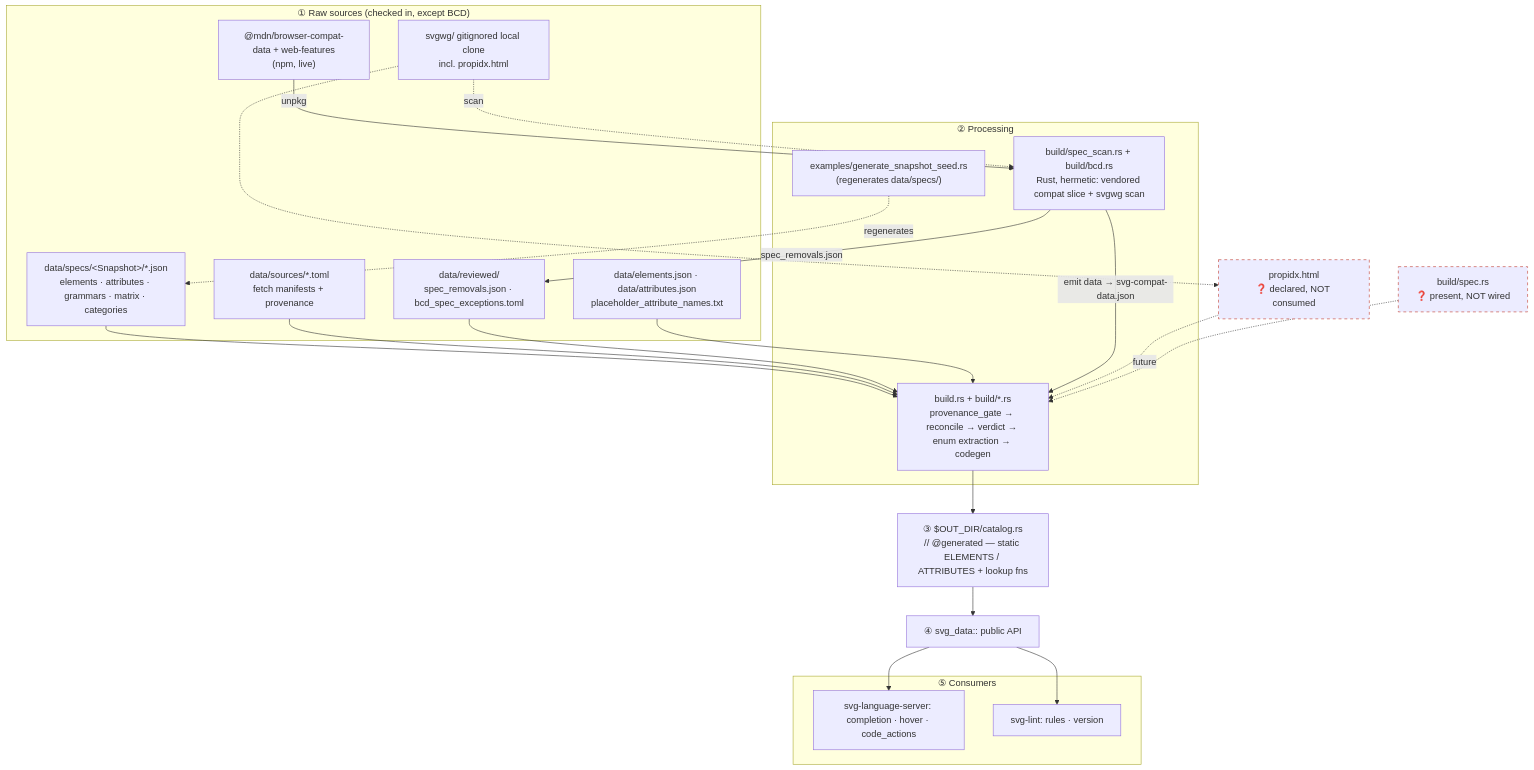
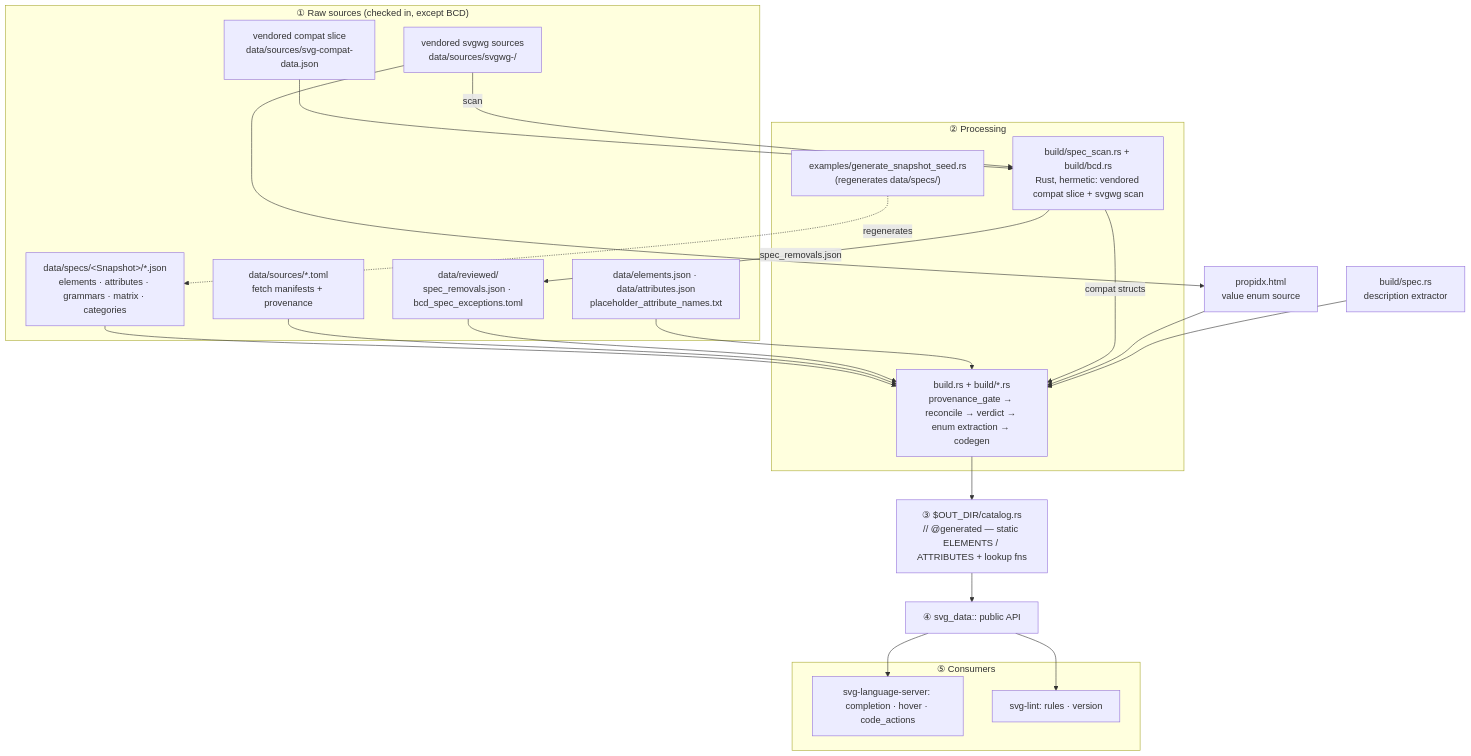
One commit to kjanat/svg changed the diagram in PIPELINE.md. Above: the diagram before and after it, drawn with Mermaid. The commit also changed other lines of this file and 17 other files, not shown here.

First line of the commit message:
fix(svg-data): harden spec provenance checks

````diff
--- a/PIPELINE.md
+++ b/PIPELINE.md
@@ -19,44 +19,43 @@
 ```mermaid
 flowchart TD
     subgraph sources["① Raw sources (checked in, except BCD)"]
         specs["data/specs/&lt;Snapshot&gt;/*.json<br/>elements · attributes · grammars · matrix · categories"]
         manifests["data/sources/*.toml<br/>fetch manifests + provenance"]
         reviewed["data/reviewed/<br/>spec_removals.json · bcd_spec_exceptions.toml"]
         curated["data/elements.json · data/attributes.json<br/>placeholder_attribute_names.txt"]
-        bcd_up["@mdn/browser-compat-data + web-features<br/>(npm, live)"]
-        svgwg["svgwg/ gitignored local clone<br/>incl. propidx.html"]
+        bcd_up["vendored compat slice<br/>data/sources/svg-compat-data.json"]
+        svgwg["vendored svgwg sources<br/>data/sources/svgwg-<sha>/"]
     end
 
     subgraph proc["② Processing"]
         worker["build/spec_scan.rs + build/bcd.rs<br/>Rust, hermetic: vendored compat slice + svgwg scan"]
         seed["examples/generate_snapshot_seed.rs<br/>(regenerates data/specs/)"]
         build["build.rs + build/*.rs<br/>provenance_gate → reconcile → verdict → enum extraction → codegen"]
     end
 
     catalog["③ $OUT_DIR/catalog.rs<br/>// @generated — static ELEMENTS / ATTRIBUTES + lookup fns"]
     api["④ svg_data:: public API"]
 
     subgraph consumers["⑤ Consumers"]
         comp["svg-language-server: completion · hover · code_actions"]
         lint["svg-lint: rules · version"]
     end
 
     specs --> build
     manifests --> build
     reviewed --> build
     curated --> build
-    bcd_up -->|unpkg| worker
-    svgwg -.->|scan| worker
+    bcd_up --> worker
+    svgwg -->|scan| worker
     worker -->|spec_removals.json| reviewed
-    worker -->|emit data → svg-compat-data.json| build
+    worker -->|compat structs| build
     seed -.regenerates.-> specs
     build --> catalog --> api --> comp & lint
 
-    propidx["propidx.html<br/>❓ declared, NOT consumed"]:::gap
-    spec_rs["build/spec.rs<br/>❓ present, NOT wired"]:::gap
-    svgwg -.-> propidx
-    propidx -.future.-> build
-    spec_rs -.-> build
+    propidx["propidx.html<br/>value enum source"]
+    spec_rs["build/spec.rs<br/>description extractor"]
+    svgwg --> propidx --> build
+    spec_rs --> build
 
     classDef gap stroke-dasharray: 5 5,stroke:#c0392b;
 ```
````
